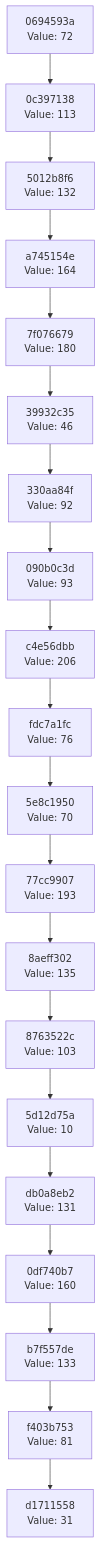
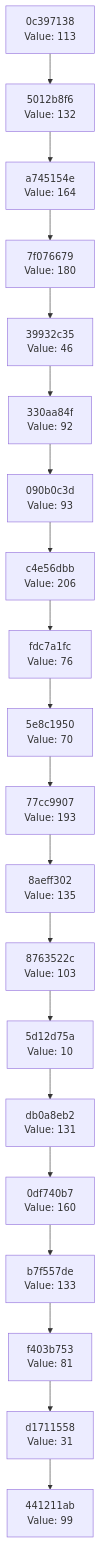
One commit to Abhisheksinha1506/hash-chain-evolver changed the diagram in docs/CHAIN_VISUALIZATION.md. Above: the diagram before and after it, drawn with Mermaid. The commit also changed 2 other files, not shown here.

Commit message:
Evolution step: hash 0x63 → action executed

````diff
--- a/docs/CHAIN_VISUALIZATION.md
+++ b/docs/CHAIN_VISUALIZATION.md
@@ -3,42 +3,42 @@
 ```mermaid
 graph TD
-    C0["d1711558<br/>Value: 31"]
-    C1["f403b753<br/>Value: 81"]
+    C0["441211ab<br/>Value: 99"]
+    C1["d1711558<br/>Value: 31"]
     C1 --> C0
-    C2["b7f557de<br/>Value: 133"]
+    C2["f403b753<br/>Value: 81"]
     C2 --> C1
-    C3["0df740b7<br/>Value: 160"]
+    C3["b7f557de<br/>Value: 133"]
     C3 --> C2
-    C4["db0a8eb2<br/>Value: 131"]
+    C4["0df740b7<br/>Value: 160"]
     C4 --> C3
-    C5["5d12d75a<br/>Value: 10"]
+    C5["db0a8eb2<br/>Value: 131"]
     C5 --> C4
-    C6["8763522c<br/>Value: 103"]
+    C6["5d12d75a<br/>Value: 10"]
     C6 --> C5
-    C7["8aeff302<br/>Value: 135"]
+    C7["8763522c<br/>Value: 103"]
     C7 --> C6
-    C8["77cc9907<br/>Value: 193"]
+    C8["8aeff302<br/>Value: 135"]
     C8 --> C7
-    C9["5e8c1950<br/>Value: 70"]
+    C9["77cc9907<br/>Value: 193"]
     C9 --> C8
-    C10["fdc7a1fc<br/>Value: 76"]
+    C10["5e8c1950<br/>Value: 70"]
     C10 --> C9
-    C11["c4e56dbb<br/>Value: 206"]
+    C11["fdc7a1fc<br/>Value: 76"]
     C11 --> C10
-    C12["090b0c3d<br/>Value: 93"]
+    C12["c4e56dbb<br/>Value: 206"]
     C12 --> C11
-    C13["330aa84f<br/>Value: 92"]
+    C13["090b0c3d<br/>Value: 93"]
     C13 --> C12
-    C14["39932c35<br/>Value: 46"]
+    C14["330aa84f<br/>Value: 92"]
     C14 --> C13
-    C15["7f076679<br/>Value: 180"]
+    C15["39932c35<br/>Value: 46"]
     C15 --> C14
-    C16["a745154e<br/>Value: 164"]
+    C16["7f076679<br/>Value: 180"]
     C16 --> C15
-    C17["5012b8f6<br/>Value: 132"]
+    C17["a745154e<br/>Value: 164"]
     C17 --> C16
-    C18["0c397138<br/>Value: 113"]
+    C18["5012b8f6<br/>Value: 132"]
     C18 --> C17
-    C19["0694593a<br/>Value: 72"]
+    C19["0c397138<br/>Value: 113"]
     C19 --> C18
 ```
````
